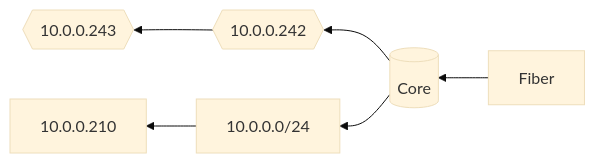
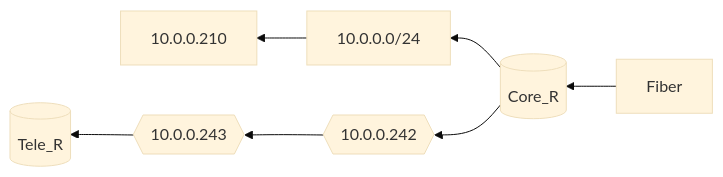
Before and after one commit to notkasim/DOCS: the diagram in top.md, drawn with Mermaid (base theme).

````diff
--- a/top.md
+++ b/top.md
@@ -1,10 +1,12 @@
 ```mermaid
 graph RL;
-    core[(Core)]
+    core[(Core_R)]
     Fiber-->core;
     core_link{{10.0.0.242}}
     core-->core_link
     core-->10.0.0.0/24-->10.0.0.210
     tele2_link{{10.0.0.243}}
     core_link-->tele2_link
+    tele2[(Tele_R)]
+    tele2_link-->tele2
 ```
````
